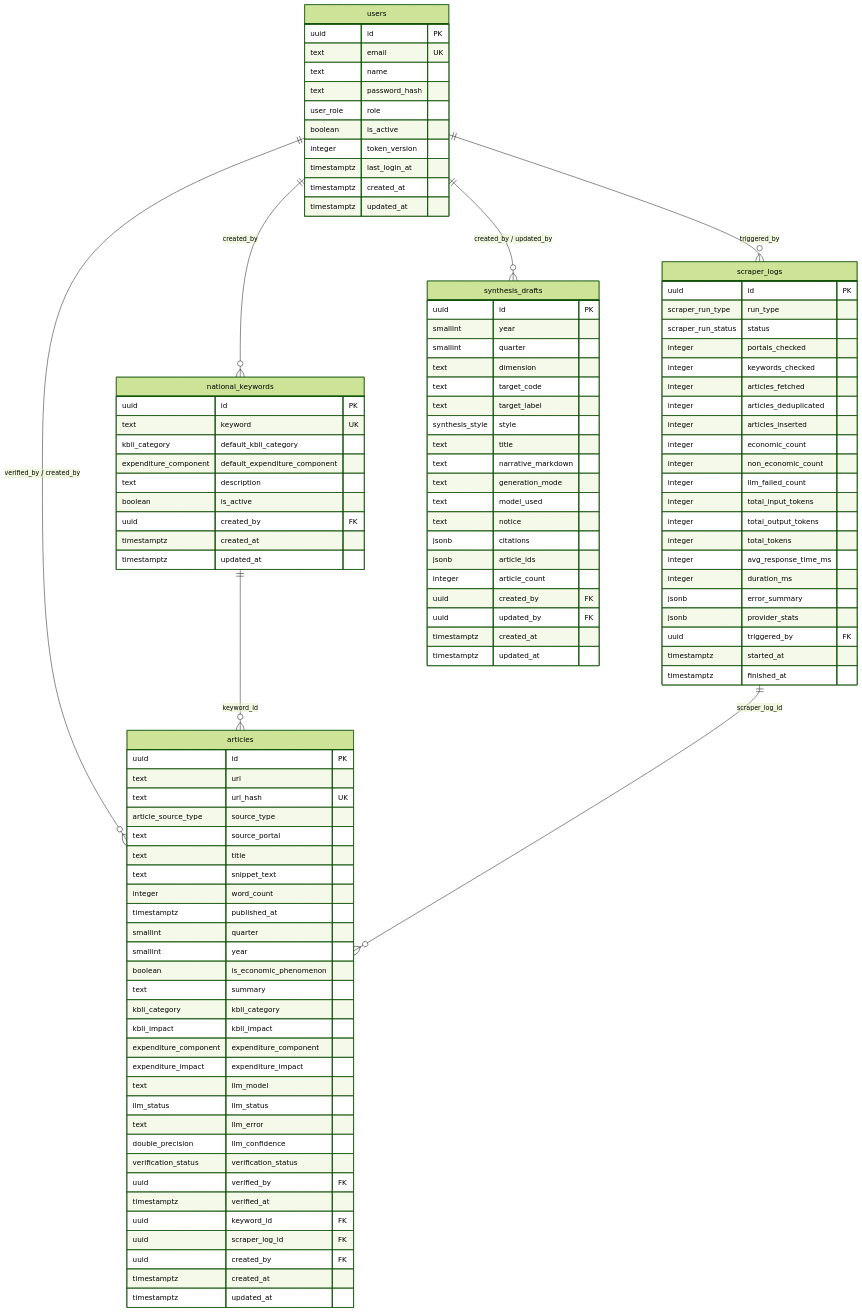
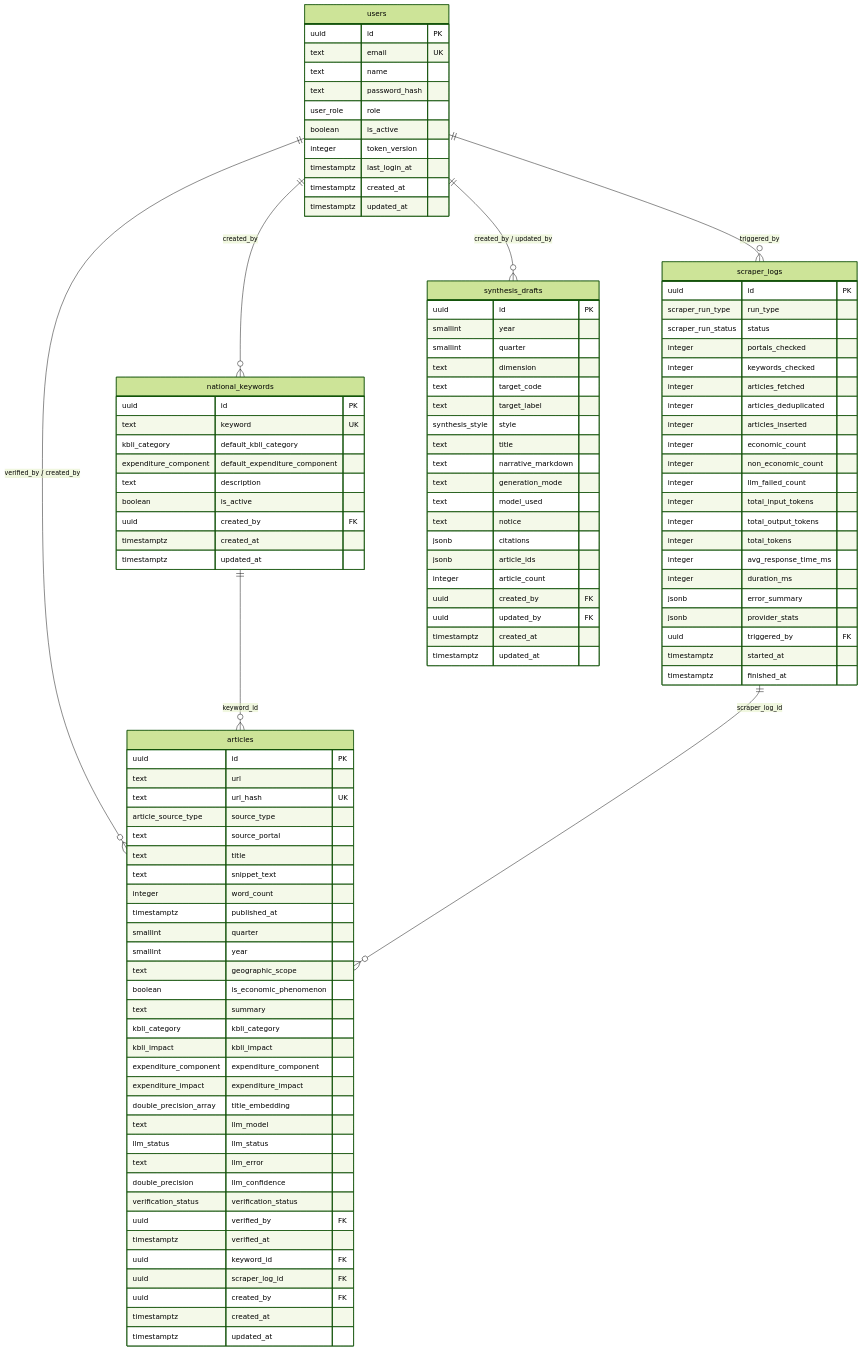
The diagram in docs/schema.md (calvintp3-cmyk/SIPENA-KTT), drawn with Mermaid (forest theme) before and after one commit. The commit also changed other lines of this file and 110 other files, not shown here.

```diff
--- a/docs/schema.md
+++ b/docs/schema.md
@@ -79,12 +79,14 @@
         timestamptz published_at
         smallint quarter
         smallint year
+        text geographic_scope
         boolean is_economic_phenomenon
         text summary
         kbli_category kbli_category
         kbli_impact kbli_impact
         expenditure_component expenditure_component
         expenditure_impact expenditure_impact
+        double_precision_array title_embedding
         text llm_model
         llm_status llm_status
         text llm_error
```
